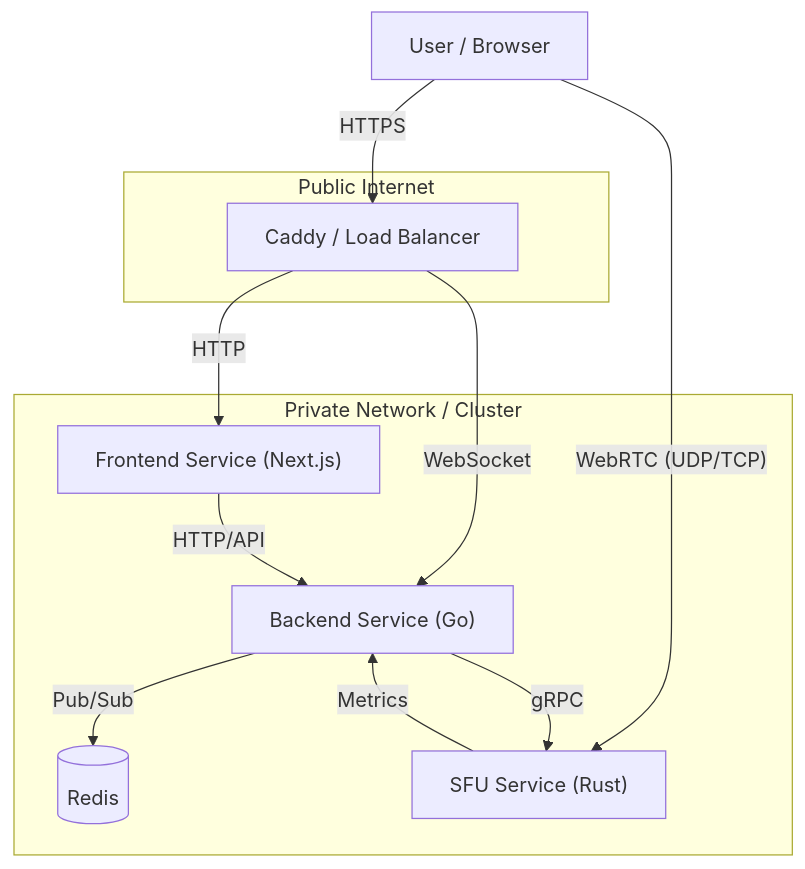
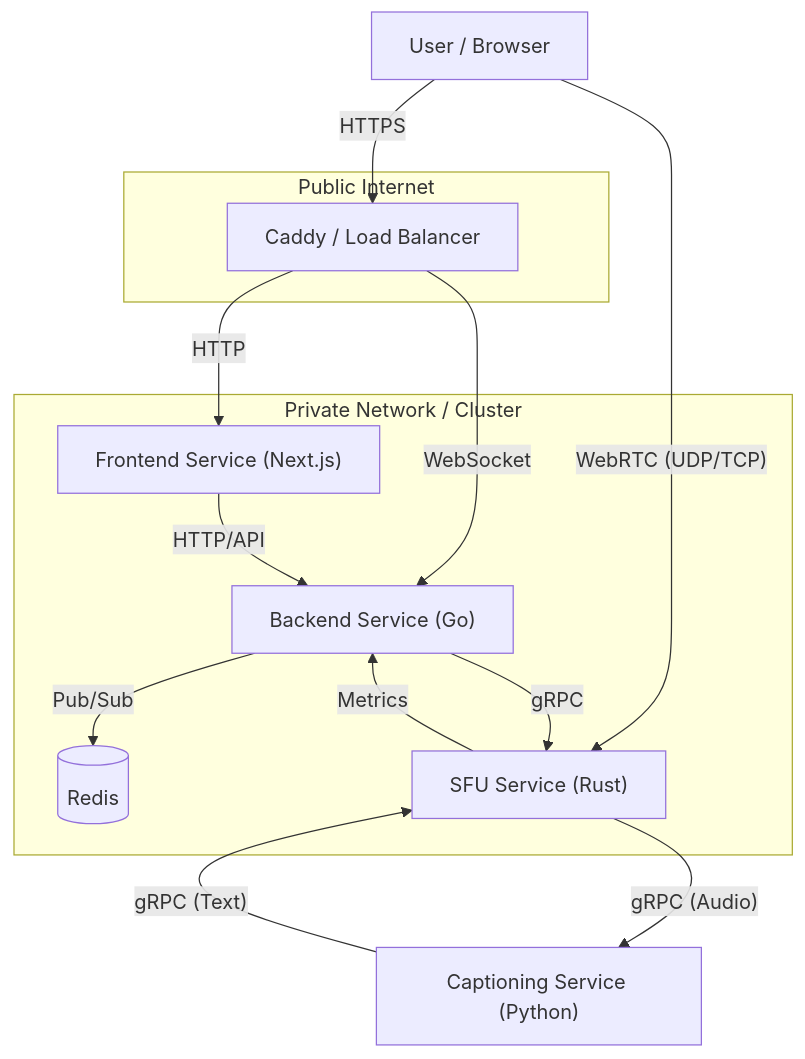
Before and after one commit to RoseWrightdev/Video-Conferencing: the diagram in README.md, drawn with Mermaid. The commit also changed other lines of this file, not shown here.

Commit message:
feat: document the new Captioning Service, its architecture, role, and prerequisites in the README.

````diff
--- a/README.md
+++ b/README.md
@@ -15,25 +15,27 @@
 ```mermaid
 graph TD
     User["User / Browser"]
     
     subgraph "Public Internet"
         LB["Caddy / Load Balancer"]
     end
     
     subgraph "Private Network / Cluster"
         FE["Frontend Service (Next.js)"]
         BE["Backend Service (Go)"]
         Redis[("Redis")]
         SFU["SFU Service (Rust)"]
     end
 
     User -- HTTPS --> LB
     LB -- HTTP --> FE
     LB -- WebSocket --> BE
     User -- WebRTC (UDP/TCP) --> SFU
     
     FE -- HTTP/API --> BE
     BE -- gRPC --> SFU
     BE -- Pub/Sub --> Redis
     SFU -- Metrics --> BE
+    SFU -- gRPC (Audio) --> CC["Captioning Service (Python)"]
+    CC -- gRPC (Text) --> SFU
 ```
````
